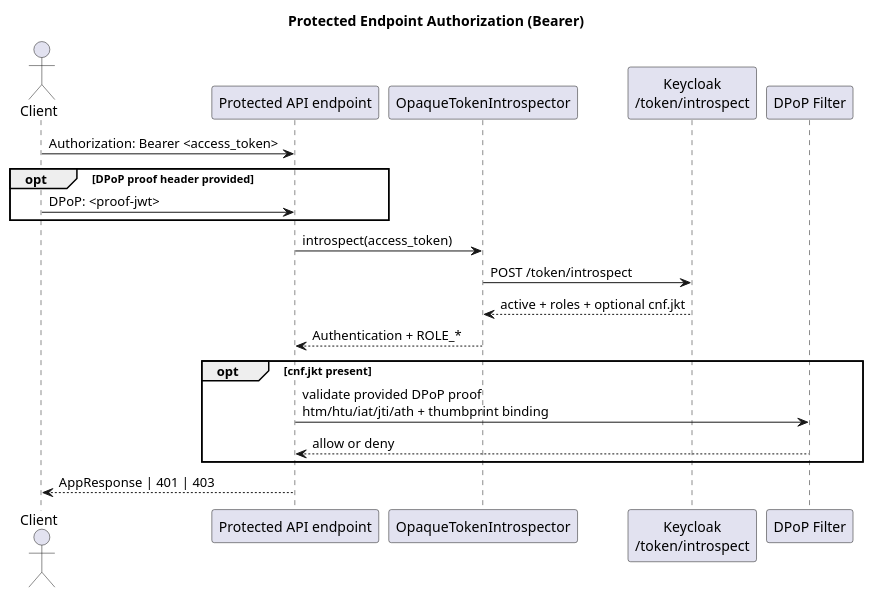
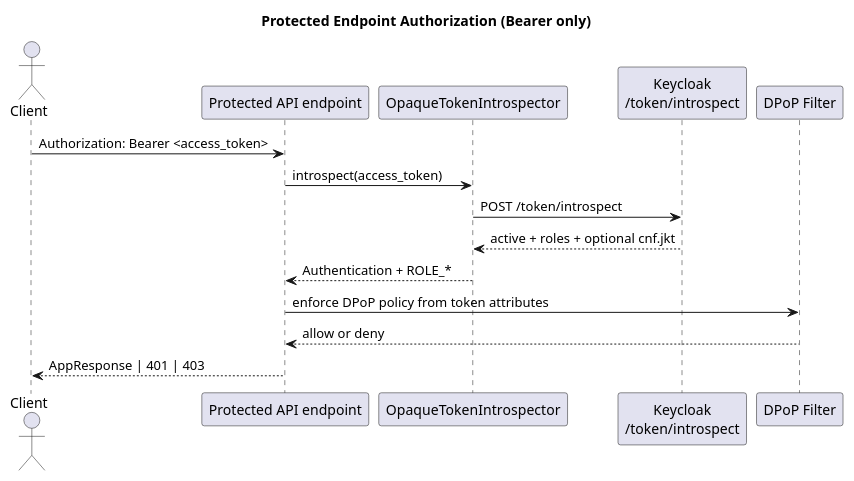
The diagram in docs/diagrams/sequence-protected-authorization.puml (igorsatsyuk/jwt-demo), drawn with PlantUML before and after one commit. The commit also changed 3 other files, not shown here.

Commit message:
docs: tighten protected auth flow docs

```diff
--- a/docs/diagrams/sequence-protected-authorization.puml
+++ b/docs/diagrams/sequence-protected-authorization.puml
@@ -1,27 +1,22 @@
 @startuml
-title Protected Endpoint Authorization (Bearer)
+title Protected Endpoint Authorization (Bearer only)
 
 actor Client
 participant "Protected API endpoint" as API
 participant "OpaqueTokenIntrospector" as Intro
 participant "Keycloak\n/token/introspect" as KC
 participant "DPoP Filter" as DPoP
 
 Client -> API: Authorization: Bearer <access_token>
-opt DPoP proof header provided
-  Client -> API: DPoP: <proof-jwt>
-end
 
 API -> Intro: introspect(access_token)
 Intro -> KC: POST /token/introspect
 KC --> Intro: active + roles + optional cnf.jkt
 Intro --> API: Authentication + ROLE_*
 
-opt cnf.jkt present
-  API -> DPoP: validate provided DPoP proof\nhtm/htu/iat/jti/ath + thumbprint binding
-  DPoP --> API: allow or deny
-end
+API -> DPoP: enforce DPoP policy from token attributes
+DPoP --> API: allow or deny
 
 API --> Client: AppResponse | 401 | 403
 
 @enduml
```
